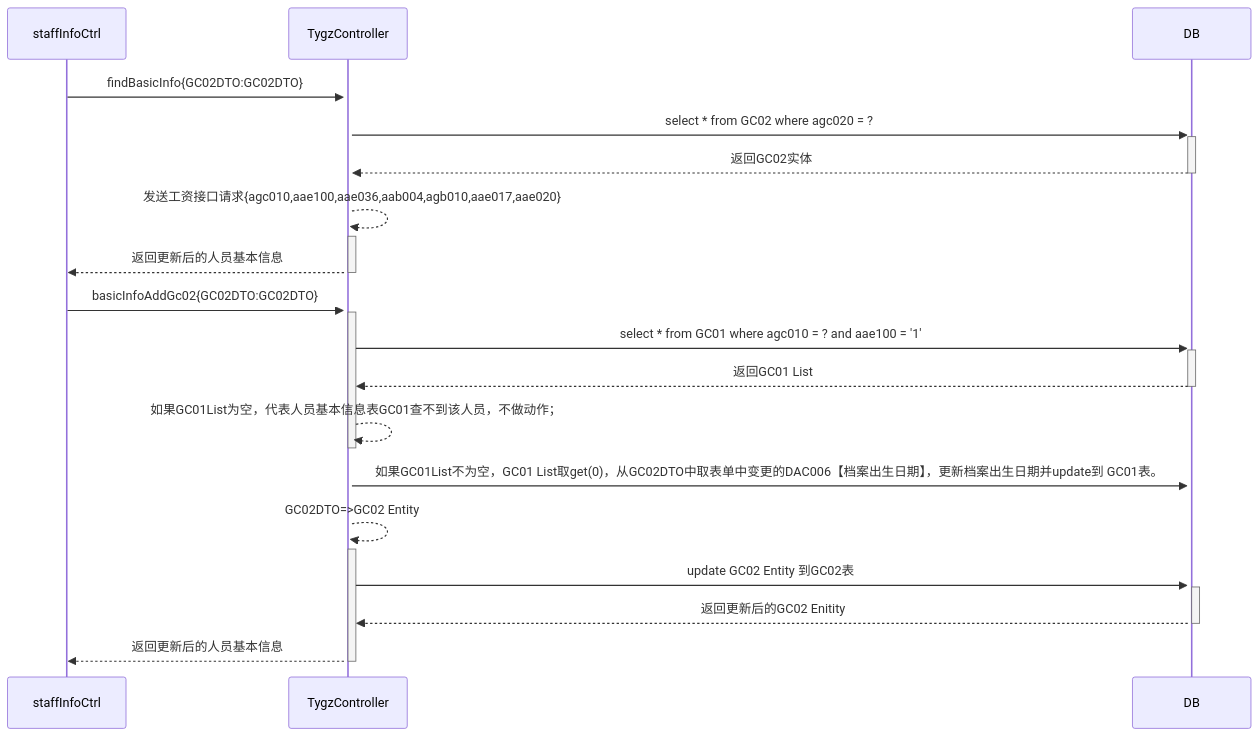
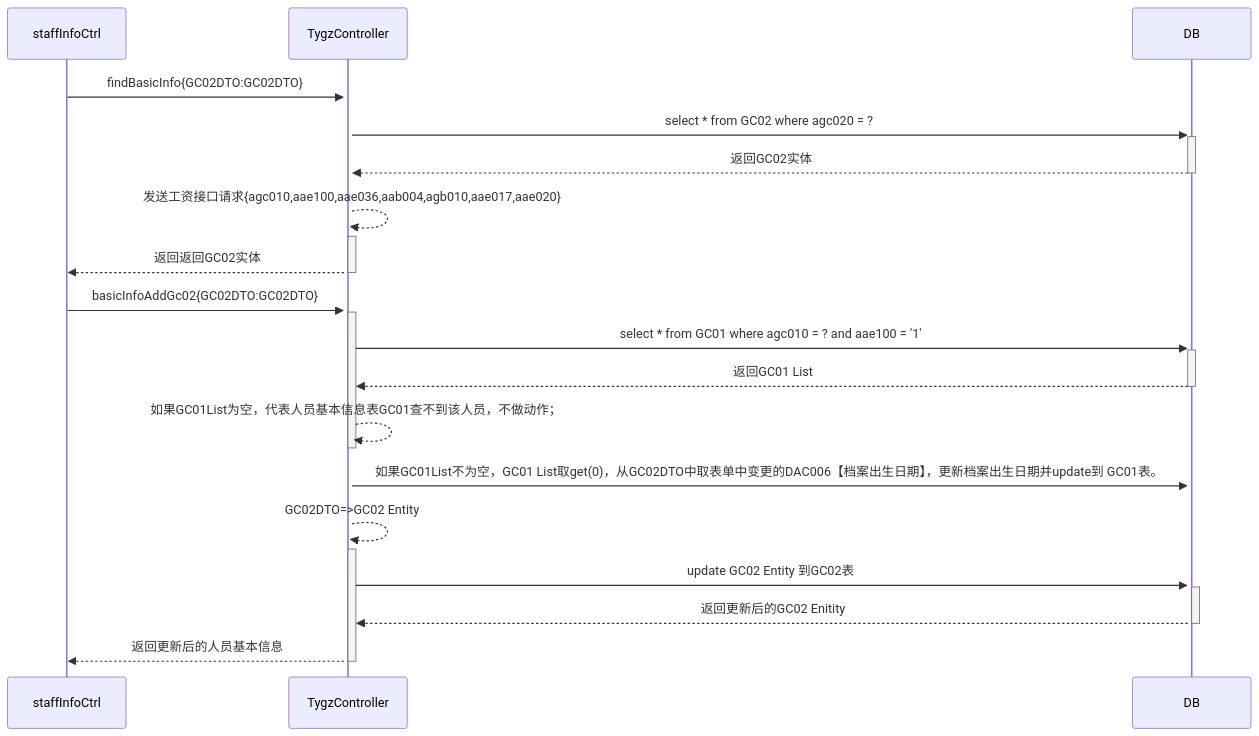
Before and after one commit to ZhangJianBeiJing/iodraw-files: the diagram in all/未命名-1.md, drawn with Mermaid.

Commit message:
2025-03-24 18:11:29 update

````diff
--- a/all/未命名-1.md
+++ b/all/未命名-1.md
@@ -1,22 +1,22 @@
 ```mermaid
 sequenceDiagram
     staffInfoCtrl->>+TygzController:findBasicInfo{GC02DTO:GC02DTO}
     TygzController->>+DB:select * from GC02 where agc020 = ?
     DB-->>-TygzController:返回GC02实体
     TygzController-->>+TygzController:发送工资接口请求{agc010,aae100,aae036,aab004,agb010,aae017,aae020}
-    TygzController-->>-staffInfoCtrl:返回更新后的人员基本信息
+    TygzController-->>-staffInfoCtrl:返回返回GC02实体
 
     staffInfoCtrl->>+TygzController:basicInfoAddGc02{GC02DTO:GC02DTO}
     TygzController->>+DB:select * from GC01 where agc010 = ? and aae100 = '1'
     DB-->>-TygzController:返回GC01 List
     TygzController-->>-TygzController:如果GC01List为空，代表人员基本信息表GC01查不到该人员，不做动作；
     TygzController->>+DB:如果GC01List不为空，GC01 List取get(0)，从GC02DTO中取表单中变更的DAC006【档案出生日期】，更新档案出生日期并update到 GC01表。
     TygzController-->>+TygzController:GC02DTO=>GC02 Entity
     TygzController->>+DB:update GC02 Entity 到GC02表
     DB-->>-TygzController:返回更新后的GC02 Enitity
     TygzController-->>-staffInfoCtrl:返回更新后的人员基本信息
 
 
 
 
 ```
````
